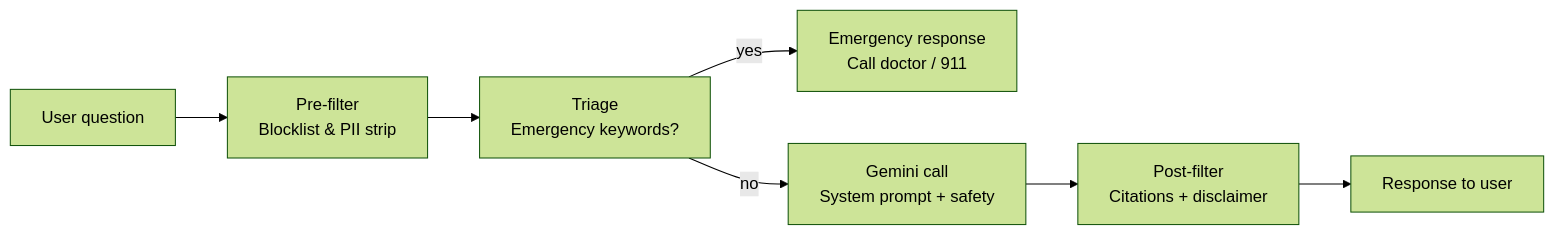
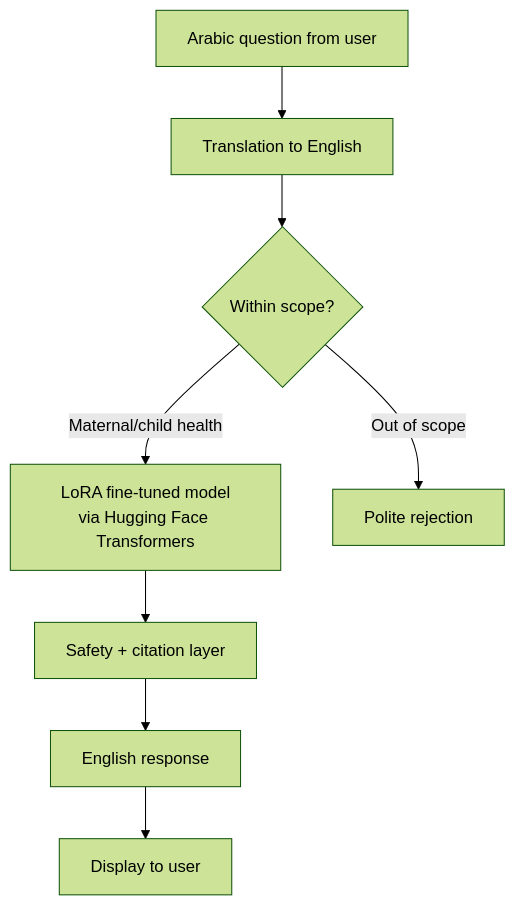
Before and after one commit to Mozn-jamous/bloombelly-showcase: the fifth of 9 diagrams in docs/architecture.md, drawn with Mermaid (forest theme). The commit also changed other lines of this file and 4 other files, not shown here.

````diff
--- a/docs/architecture.md
+++ b/docs/architecture.md
@@ -144,9 +164,10 @@
 ```mermaid
-flowchart LR
-    Q[User question] --> P1[Pre-filter<br/>Blocklist & PII strip]
-    P1 --> P2[Triage<br/>Emergency keywords?]
-    P2 -->|yes| ER[Emergency response<br/>Call doctor / 911]
-    P2 -->|no| P3[Gemini call<br/>System prompt + safety]
-    P3 --> P4[Post-filter<br/>Citations + disclaimer]
-    P4 --> A[Response to user]
+flowchart TB
+    Q[Arabic question from user] --> TRANS[Translation to English]
+    TRANS --> CHECK{Within scope?}
+    CHECK -->|Maternal/child health| MODEL[LoRA fine-tuned model<br/>via Hugging Face Transformers]
+    CHECK -->|Out of scope| REJ[Polite rejection]
+    MODEL --> SAFETY[Safety + citation layer]
+    SAFETY --> ENG[English response]
+    ENG --> USER[Display to user]
 ```
````
